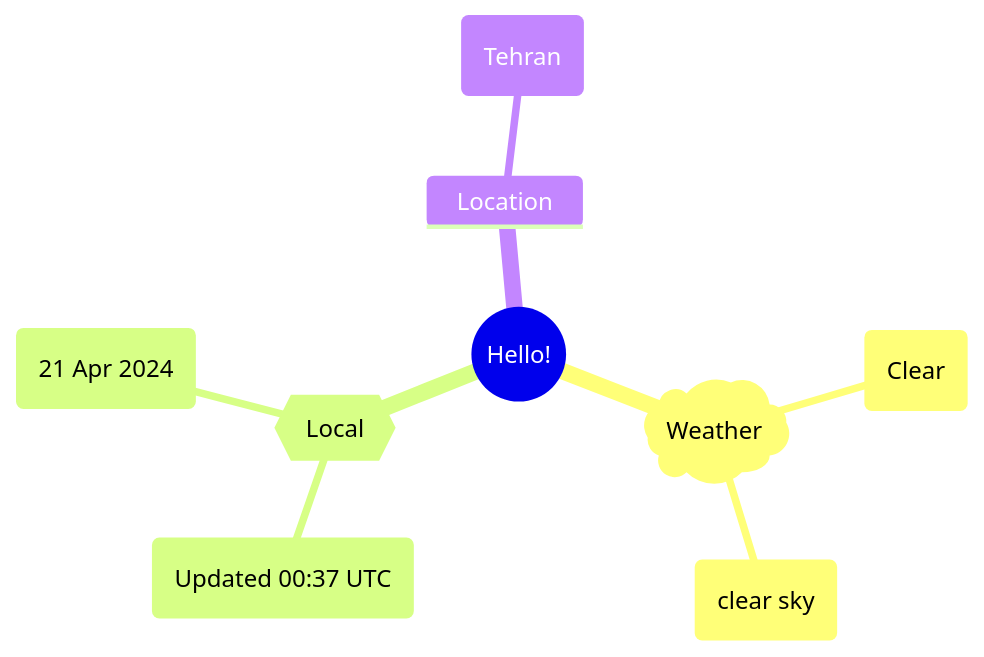
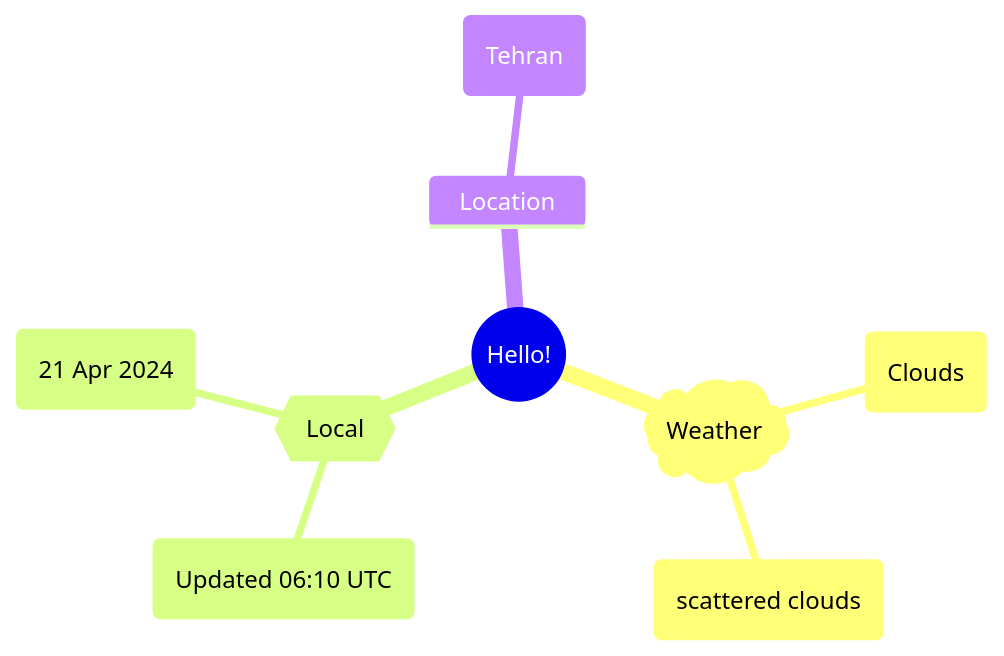
Before and after one commit to Xosrov/Xosrov: the first of 2 diagrams in README.md, drawn with Mermaid.

Commit message:
[bot] updated images

````diff
--- a/README.md
+++ b/README.md
@@ -3,12 +3,12 @@
 ```mermaid
 mindmap
   root((Hello!))
     )Weather(
-        (Clear)
-        (clear sky)
+        (Clouds)
+        (scattered clouds)
     {{Local}}
-        (Updated 00:37 UTC)
+        (Updated 06:10 UTC)
         (21 Apr 2024)
     Location
         (Tehran)
 ```
````
